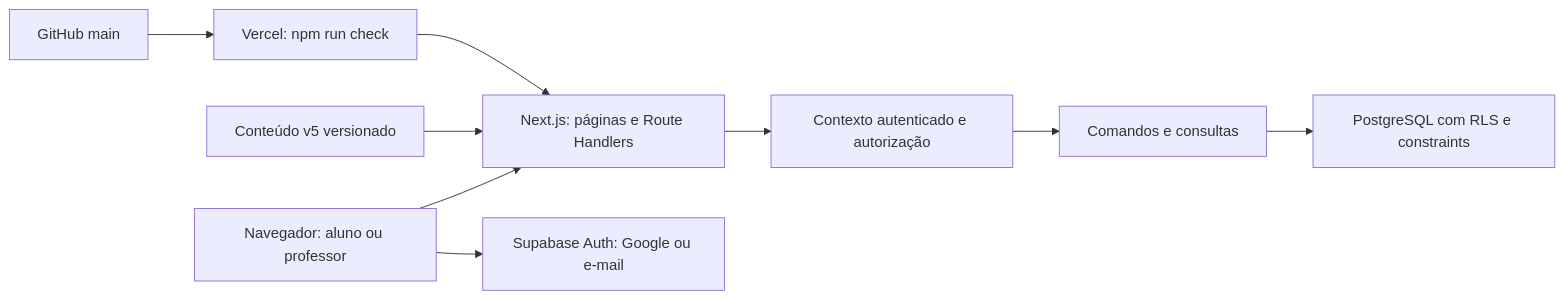
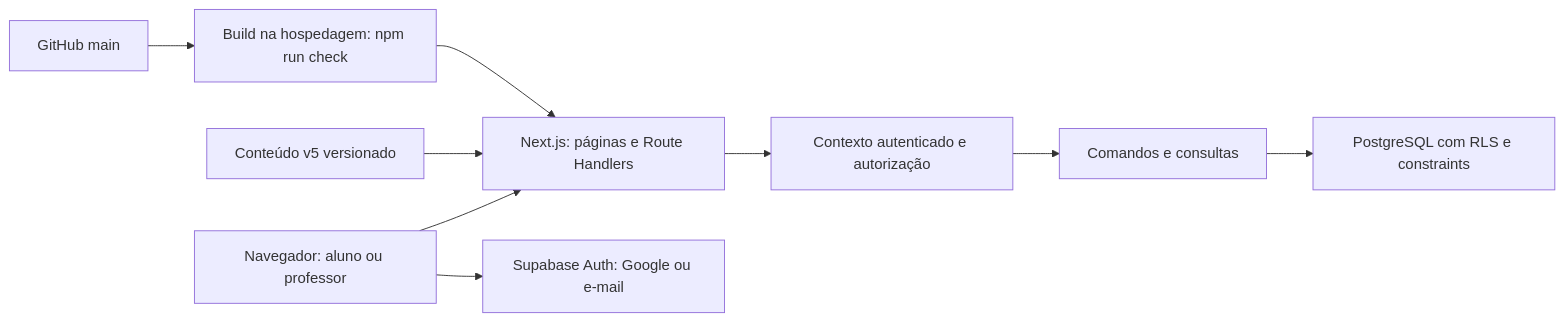
Before and after one commit to marcosrioj/violao-basico-intermediario: the diagram in docs/ARCHITECTURE.md, drawn with Mermaid. The commit also changed other lines of this file and 7 other files, not shown here.

````diff
--- a/docs/ARCHITECTURE.md
+++ b/docs/ARCHITECTURE.md
@@ -5,11 +7,11 @@
 ```mermaid
 flowchart LR
   B[Navegador: aluno ou professor] --> N[Next.js: páginas e Route Handlers]
   B --> A[Supabase Auth: Google ou e-mail]
   N --> U[Contexto autenticado e autorização]
   U --> C[Comandos e consultas]
   C --> P[PostgreSQL com RLS e constraints]
   E[Conteúdo v5 versionado] --> N
-  G[GitHub main] --> V[Vercel: npm run check]
+  G[GitHub main] --> V[Build na hospedagem: npm run check]
   V --> N
 ```
````
